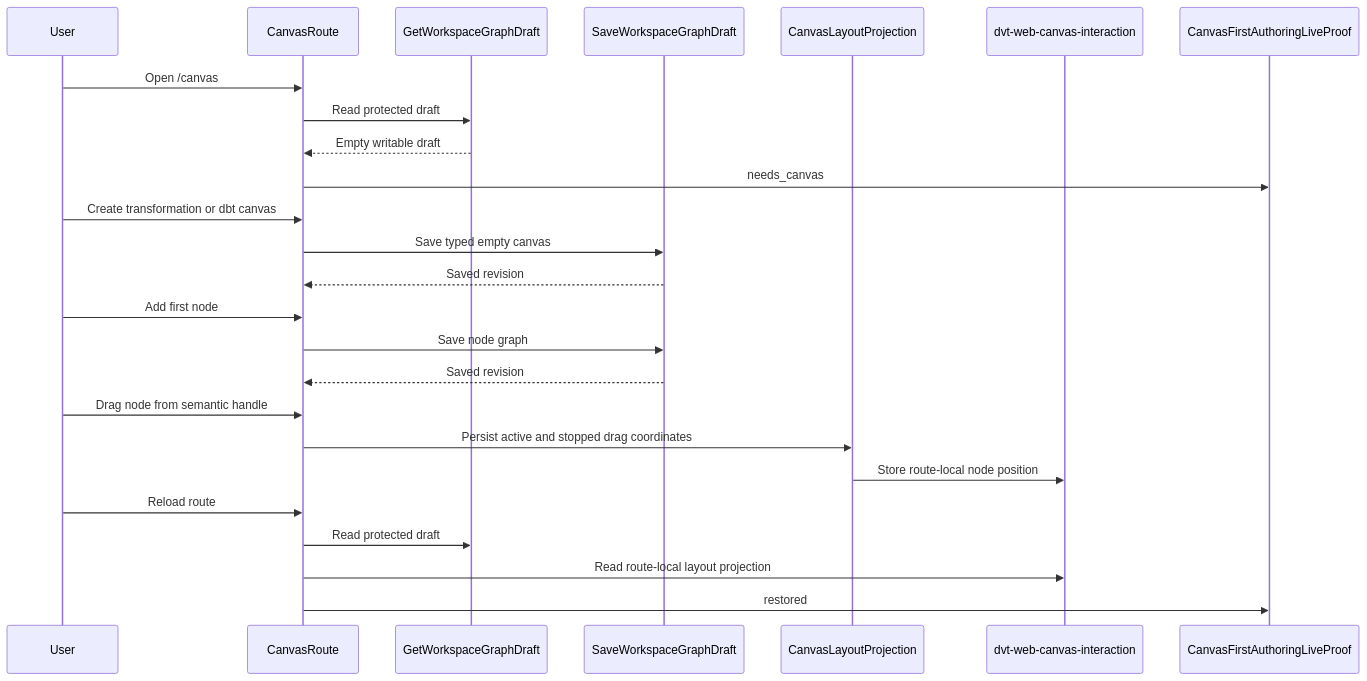
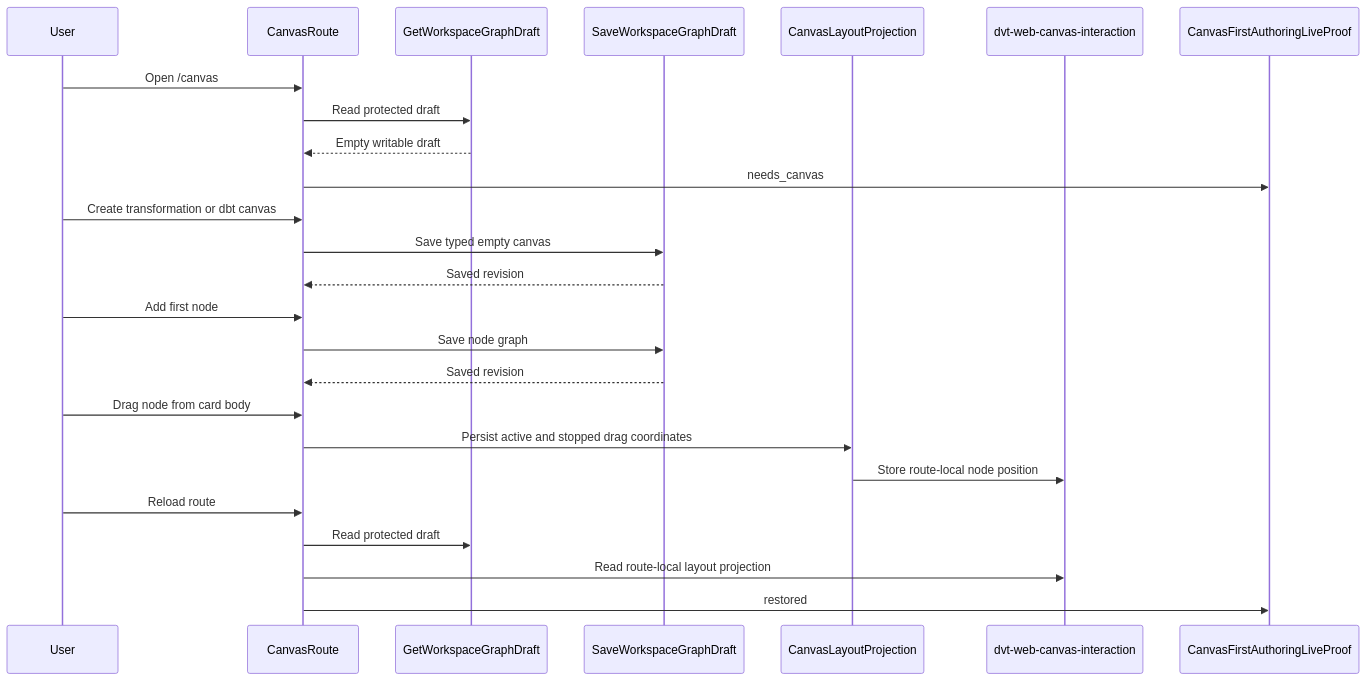
Before and after one commit to dunay2/dvt: the second of 2 diagrams in docs/architecture/components/web/graph/canvas-first-authoring-live-proof-component.md, drawn with Mermaid. The commit also changed other lines of this file and 50 other files, not shown here.

Commit message:
feat(web): Improve Canvas node dragging and grid controls

````diff
--- a/docs/architecture/components/web/graph/canvas-first-authoring-live-proof-component.md
+++ b/docs/architecture/components/web/graph/canvas-first-authoring-live-proof-component.md
@@ -169,28 +178,28 @@
 ```mermaid
 sequenceDiagram
     participant User
     participant CanvasRoute
     participant DraftQuery as GetWorkspaceGraphDraft
     participant DraftSave as SaveWorkspaceGraphDraft
     participant Layout as CanvasLayoutProjection
     participant LocalStore as dvt-web-canvas-interaction
     participant Proof as CanvasFirstAuthoringLiveProof
 
     User->>CanvasRoute: Open /canvas
     CanvasRoute->>DraftQuery: Read protected draft
     DraftQuery-->>CanvasRoute: Empty writable draft
     CanvasRoute->>Proof: needs_canvas
     User->>CanvasRoute: Create transformation or dbt canvas
     CanvasRoute->>DraftSave: Save typed empty canvas
     DraftSave-->>CanvasRoute: Saved revision
     User->>CanvasRoute: Add first node
     CanvasRoute->>DraftSave: Save node graph
     DraftSave-->>CanvasRoute: Saved revision
-    User->>CanvasRoute: Drag node from semantic handle
+    User->>CanvasRoute: Drag node from card body
     CanvasRoute->>Layout: Persist active and stopped drag coordinates
     Layout->>LocalStore: Store route-local node position
     User->>CanvasRoute: Reload route
     CanvasRoute->>DraftQuery: Read protected draft
     CanvasRoute->>LocalStore: Read route-local layout projection
     CanvasRoute->>Proof: restored
 ```
````
